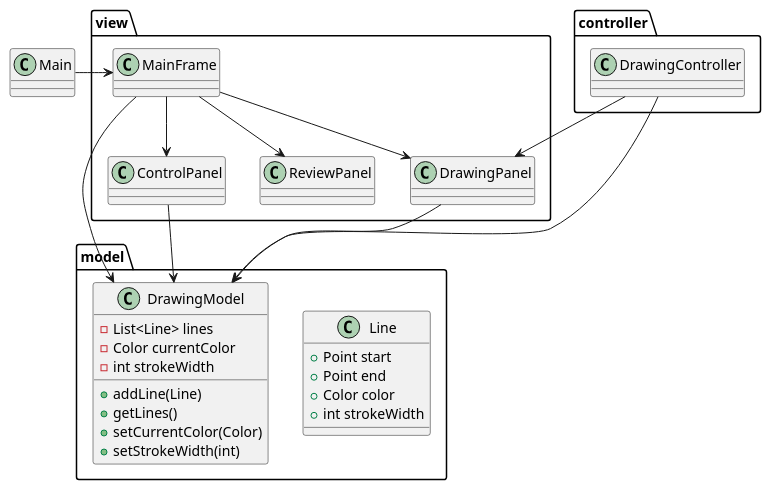
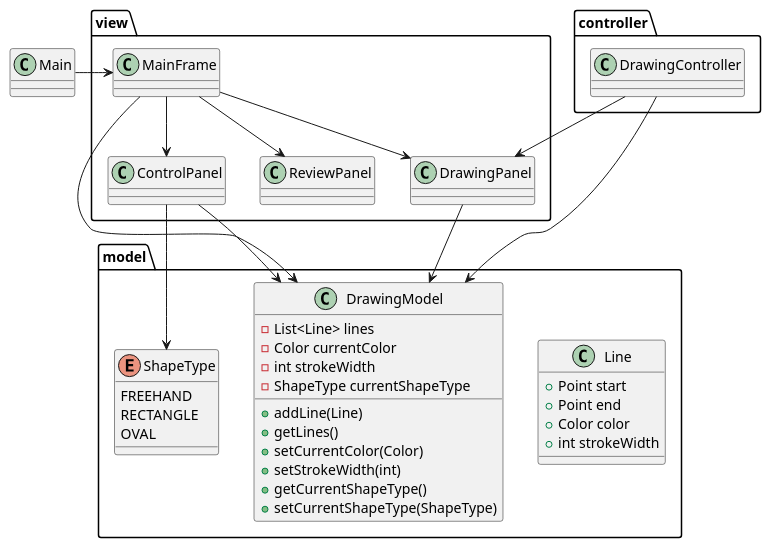
One commit to Johnny-3/ArtWork changed the diagram in diagram.puml. Above: the diagram before and after it, drawn with PlantUML. The commit also changed 4 other files, not shown here.

```diff
--- a/diagram.puml
+++ b/diagram.puml
@@ -1,42 +1,51 @@
 @startuml
 package model {
   class Line {
     +Point start
     +Point end
     +Color color
     +int strokeWidth
   }
   class DrawingModel {
     -List<Line> lines
     -Color currentColor
     -int strokeWidth
+    -ShapeType currentShapeType
     +addLine(Line)
     +getLines()
     +setCurrentColor(Color)
     +setStrokeWidth(int)
+    +getCurrentShapeType()
+    +setCurrentShapeType(ShapeType)
+  }
+  enum ShapeType {
+    FREEHAND
+    RECTANGLE
+    OVAL
   }
 }
 
 package view {
   class MainFrame
   class ControlPanel
   class DrawingPanel
   class ReviewPanel
 }
 
 package controller {
   class DrawingController
 }
 
 class Main
 
 Main -> MainFrame
 MainFrame --> ControlPanel
 MainFrame --> DrawingPanel
 MainFrame --> ReviewPanel
 MainFrame --> DrawingModel
 DrawingPanel --> DrawingModel
 ControlPanel --> DrawingModel
+ControlPanel --> ShapeType
 DrawingController --> DrawingModel
 DrawingController --> DrawingPanel
 @enduml
```
